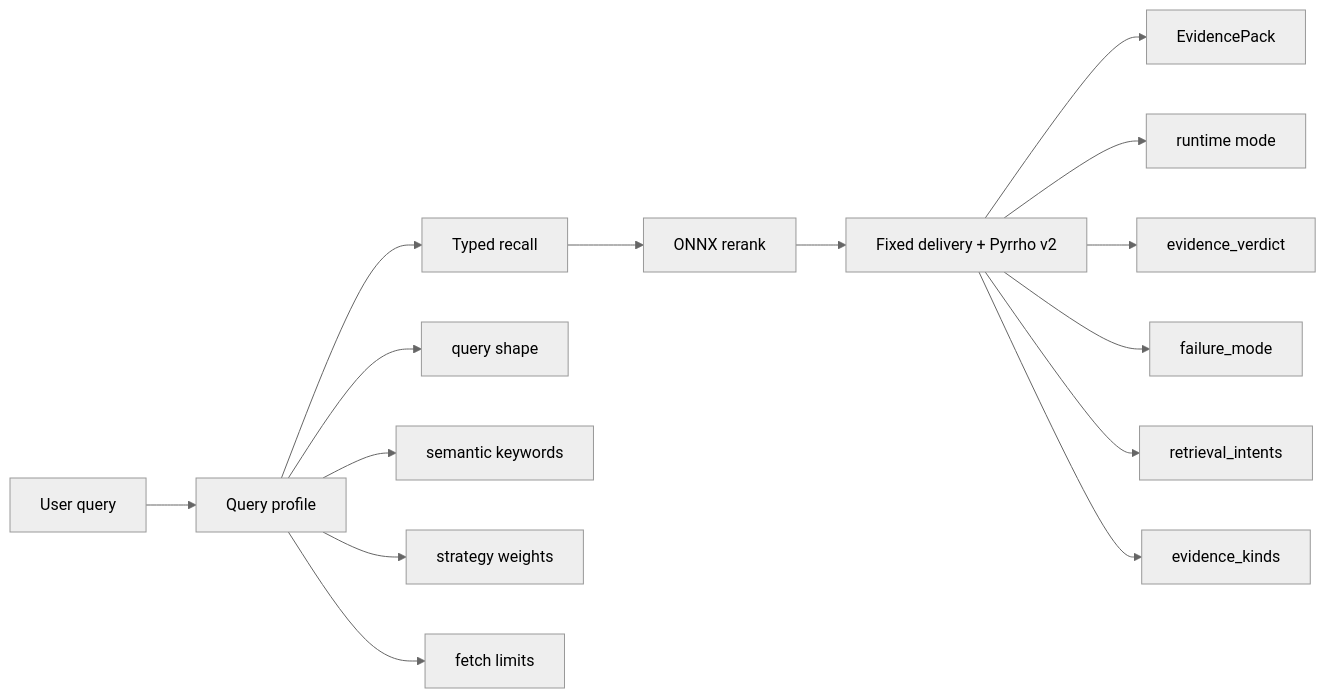
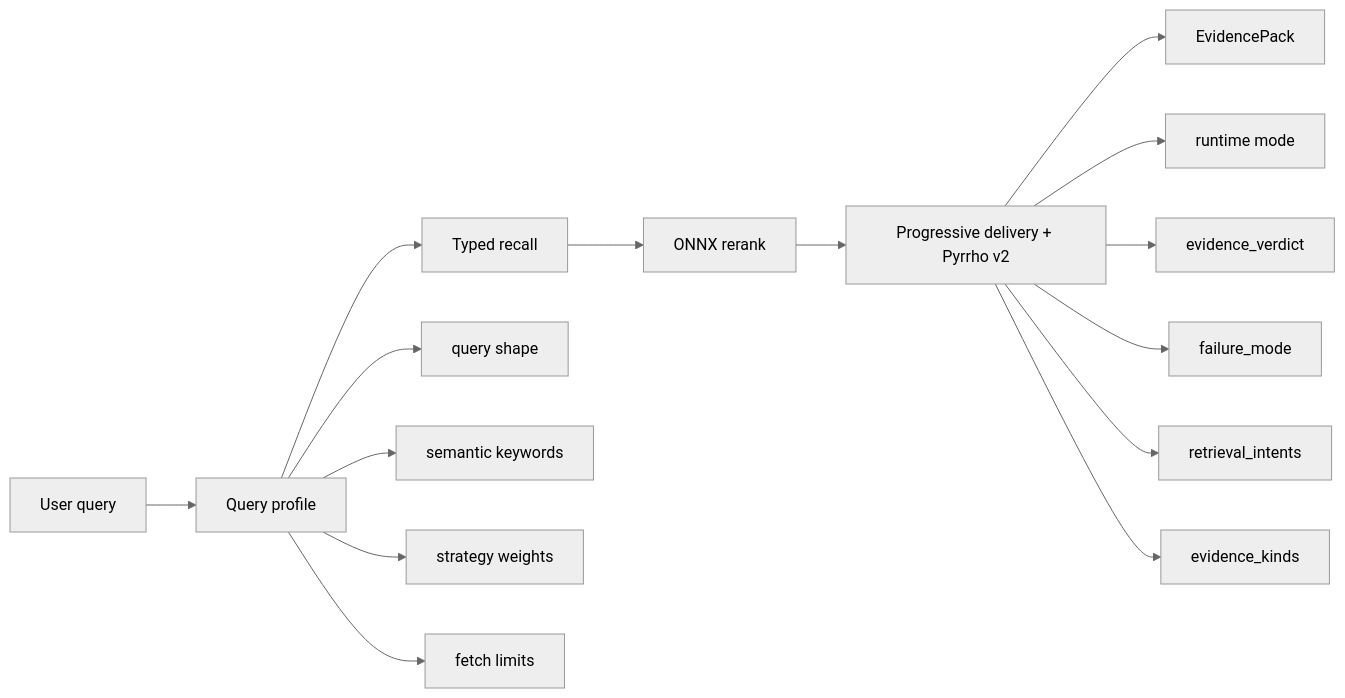
The diagram in docs/features/retrieval/evidence-signals.md (yafitzdev/fitz), drawn with Mermaid (neutral theme) before and after one commit. The commit also changed other lines of this file and 30 other files, not shown here.

Commit message:
fix: restore progressive Pyrrho evidence delivery

````diff
--- a/docs/features/retrieval/evidence-signals.md
+++ b/docs/features/retrieval/evidence-signals.md
@@ -19,19 +19,19 @@
 ```mermaid
 flowchart LR
     Q["User query"] --> P["Query profile"]
     P --> R["Typed recall"]
     R --> K["ONNX rerank"]
-    K --> C["Fixed delivery + Pyrrho v2"]
+    K --> C["Progressive delivery + Pyrrho v2"]
     C --> E["EvidencePack"]
 
     P --> P1["query shape"]
     P --> P2["semantic keywords"]
     P --> P3["strategy weights"]
     P --> P4["fetch limits"]
 
     C --> C1["runtime mode"]
     C --> C2["evidence_verdict"]
     C --> C3["failure_mode"]
     C --> C4["retrieval_intents"]
     C --> C5["evidence_kinds"]
 ```
````
